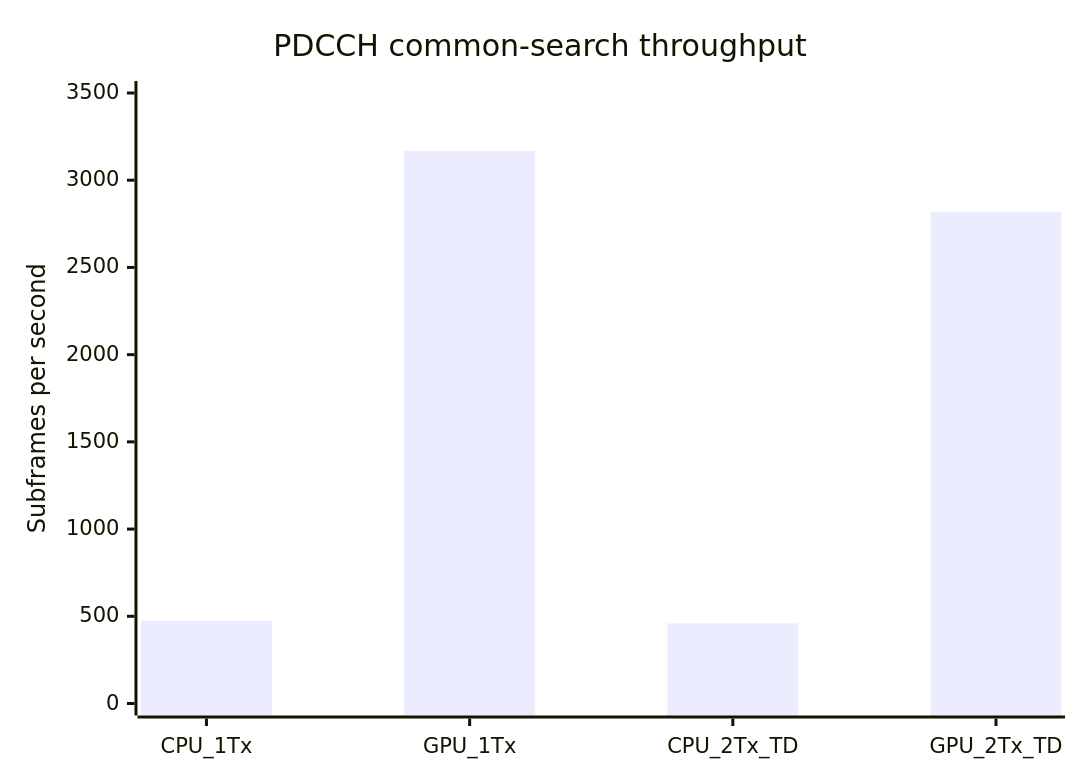
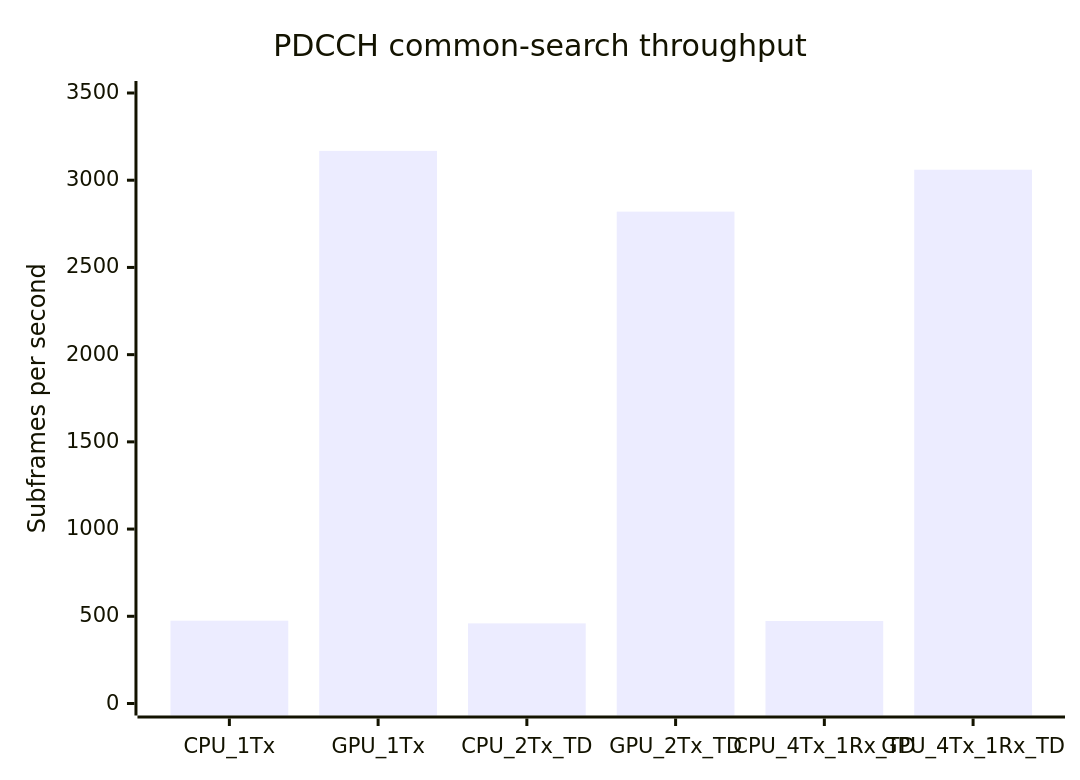
The diagram in docs/pdcch_cpu_gpu_performance_analysis_2026-07-14.md (Wiseung/MMSE_CPP), drawn with Mermaid before and after one commit. The commit also changed other lines of this file and 49 other files, not shown here.

First line of the commit message:
Add fixed-candidate and 4Tx PDCCH CPU/GPU support (#43)

````diff
--- a/docs/pdcch_cpu_gpu_performance_analysis_2026-07-14.md
+++ b/docs/pdcch_cpu_gpu_performance_analysis_2026-07-14.md
@@ -67,7 +71,7 @@
 ```mermaid
 xychart-beta
     title "PDCCH common-search throughput"
-    x-axis [CPU_1Tx, GPU_1Tx, CPU_2Tx_TD, GPU_2Tx_TD]
+    x-axis [CPU_1Tx, GPU_1Tx, CPU_2Tx_TD, GPU_2Tx_TD, CPU_4Tx_1Rx_TD, GPU_4Tx_1Rx_TD]
     y-axis "Subframes per second" 0 --> 3500
-    bar [474.78, 3168.09, 459.34, 2819.76]
+    bar [474.78, 3168.09, 459.34, 2819.76, 472.81, 3060.21]
 ```
````
